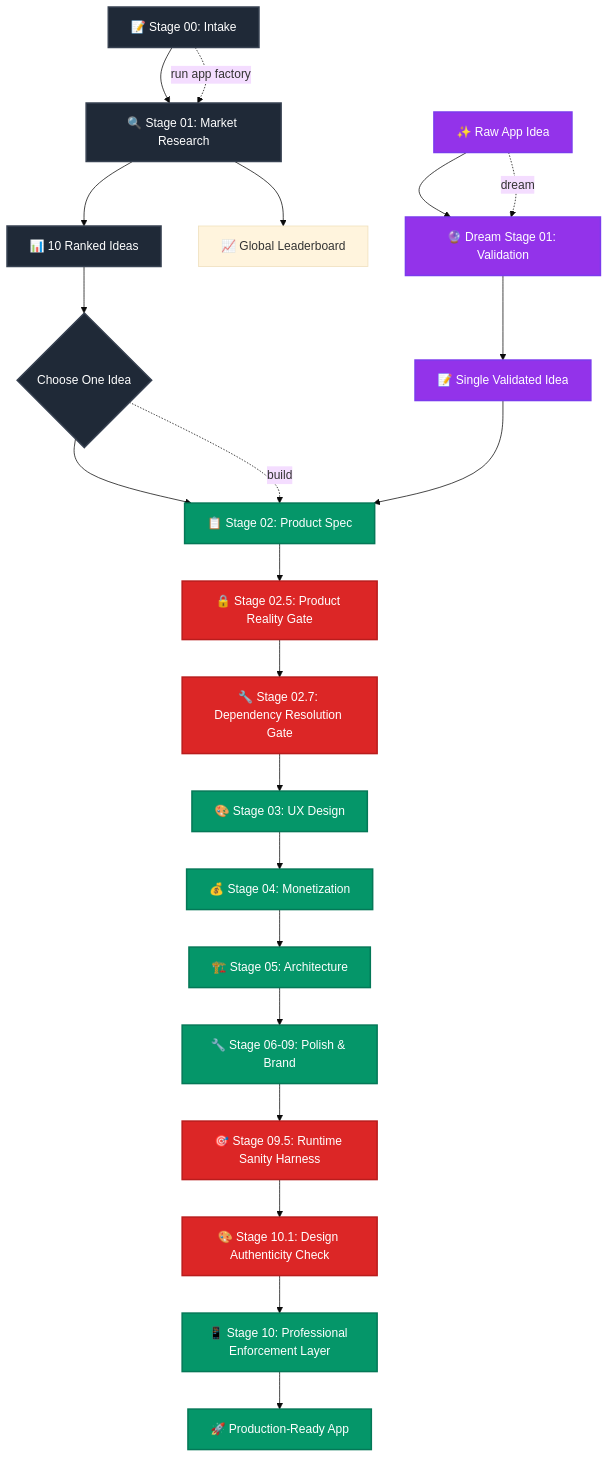
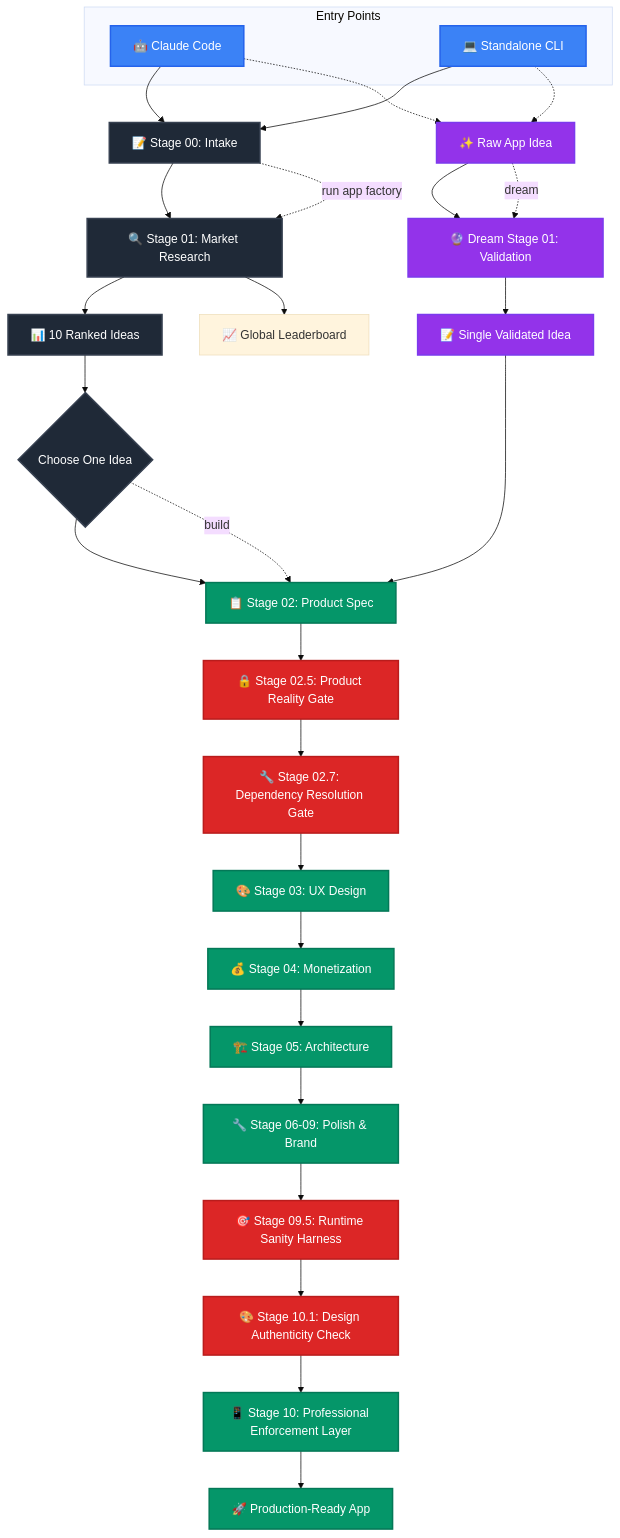
The diagram in README.md (0xAxiom/AppFactory), drawn with Mermaid (base theme) before and after one commit. The commit also changed other lines of this file and 1 other file, not shown here.

First line of the commit message:
Add CLI documentation to main READMEs

````diff
--- a/README.md
+++ b/README.md
@@ -70,45 +88,59 @@
 ```mermaid
 graph TD
+    %% Entry Points
+    subgraph ENTRY ["Entry Points"]
+        CC[🤖 Claude Code]
+        CLI[💻 Standalone CLI]
+    end
+
+    %% Both entry points lead to the same pipeline
+    CC --> A
+    CLI --> A
+
     %% Traditional Research Mode
     A[📝 Stage 00: Intake] --> B[🔍 Stage 01: Market Research]
     B --> C[📊 10 Ranked Ideas]
     C --> D{Choose One Idea}
     D --> E[📋 Stage 02: Product Spec]
-    
+
     %% Dream Mode ✨
     Z[✨ Raw App Idea] --> Y[🔮 Dream Stage 01: Validation]
     Y --> X[📝 Single Validated Idea]
     X --> E
-    
+
+    CC -.-> Z
+    CLI -.-> Z
+
     %% Professional Quality Gates
     E --> E1[🔒 Stage 02.5: Product Reality Gate]
     E1 --> E2[🔧 Stage 02.7: Dependency Resolution Gate]
     E2 --> F[🎨 Stage 03: UX Design]
     F --> G[💰 Stage 04: Monetization]
     G --> H[🏗️ Stage 05: Architecture]
     H --> I[🔧 Stage 06-09: Polish & Brand]
     I --> I1[🎯 Stage 09.5: Runtime Sanity Harness]
     I1 --> I2[🎨 Stage 10.1: Design Authenticity Check]
     I2 --> J[📱 Stage 10: Professional Enforcement Layer]
-    
+
     %% Outputs
     B --> K[📈 Global Leaderboard]
     J --> L[🚀 Production-Ready App]
-    
+
     %% Command Labels
     A -.-> |"run app factory"| B
     Z -.-> |"dream <idea>"| Y
     D -.-> |"build <idea>"| E
-    
+
     %% Styling
+    classDef entryPoint fill:#3b82f6,stroke:#2563eb,stroke-width:2px,color:#fff
     classDef dreamMode fill:#9333ea,stroke:#7c3aed,stroke-width:2px,color:#fff
     classDef traditional fill:#1f2937,stroke:#374151,stroke-width:2px,color:#fff
     classDef shared fill:#059669,stroke:#047857,stroke-width:2px,color:#fff
-    
     classDef qualityGate fill:#dc2626,stroke:#b91c1c,stroke-width:2px,color:#fff
-    
+
+    class CC,CLI entryPoint
     class Z,Y,X dreamMode
     class A,B,C,D traditional
     class E,F,G,H,I,J,L shared
     class E1,E2,I1,I2 qualityGate
 ```
````
